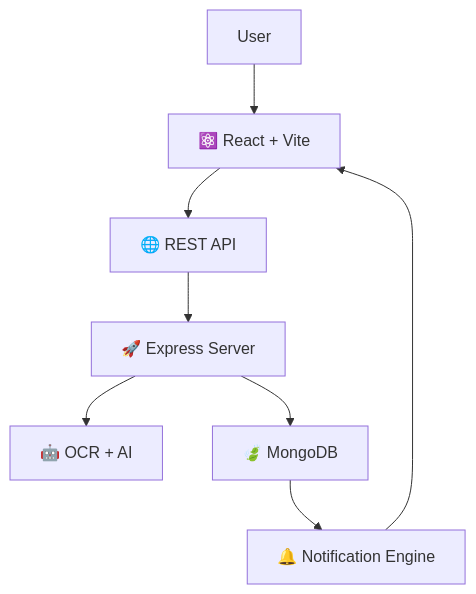
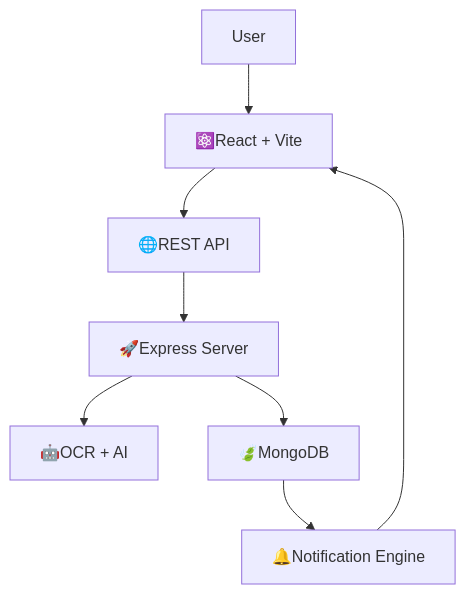
One commit to BinaryMindCore/EXPIROVA changed the second of 2 diagrams in README.md. Above: the diagram before and after it, drawn with Mermaid. The commit also changed other lines of this file, not shown here.

````diff
--- a/README.md
+++ b/README.md
@@ -178,31 +176,31 @@
 ```mermaid
 flowchart TB
 
 User
 
 User --> React
 
-React["⚛️ React + Vite"]
+React["⚛️React + Vite"]
 
 React --> API
 
-API["🌐 REST API"]
+API["🌐REST API"]
 
 API --> Backend
 
-Backend["🚀 Express Server"]
+Backend["🚀Express Server"]
 
 Backend --> OCR
 
 Backend --> Mongo
 
-OCR["🤖 OCR + AI"]
+OCR["🤖OCR + AI"]
 
-Mongo["🍃 MongoDB"]
+Mongo["🍃MongoDB"]
 
 Mongo --> Notification
 
-Notification["🔔 Notification Engine"]
+Notification["🔔Notification Engine"]
 
 Notification --> React
 ```
````
